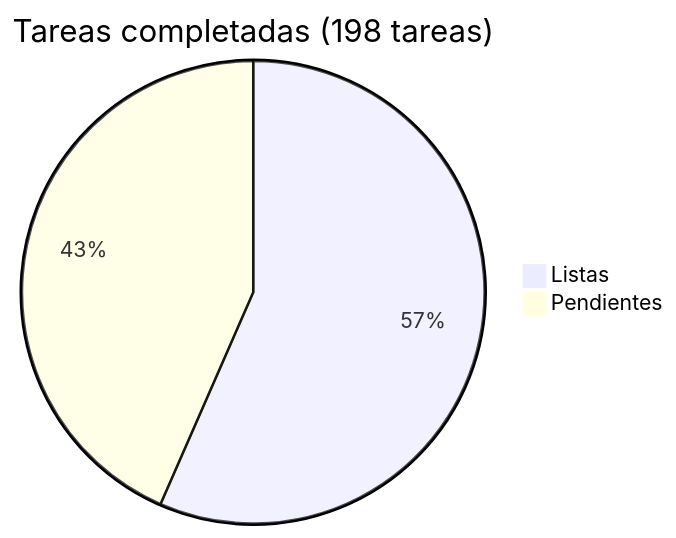
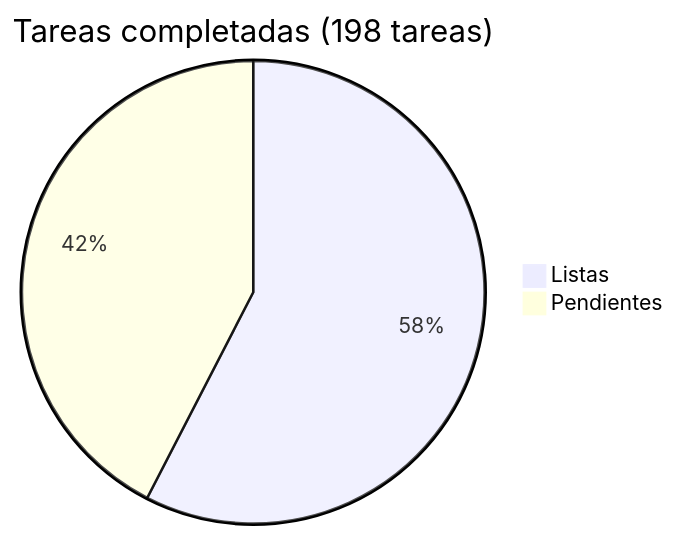
One commit to araguaney-lat/araguaney changed the diagram in docs/roadmap/README.md. Above: the diagram before and after it, drawn with Mermaid. The commit also changed other lines of this file and 7 other files, not shown here.

````diff
--- a/docs/roadmap/README.md
+++ b/docs/roadmap/README.md
@@ -5,5 +5,5 @@
 ```mermaid
 pie title Tareas completadas (198 tareas)
-    "Listas" : 112
-    "Pendientes" : 86
+    "Listas" : 114
+    "Pendientes" : 84
 ```
````
